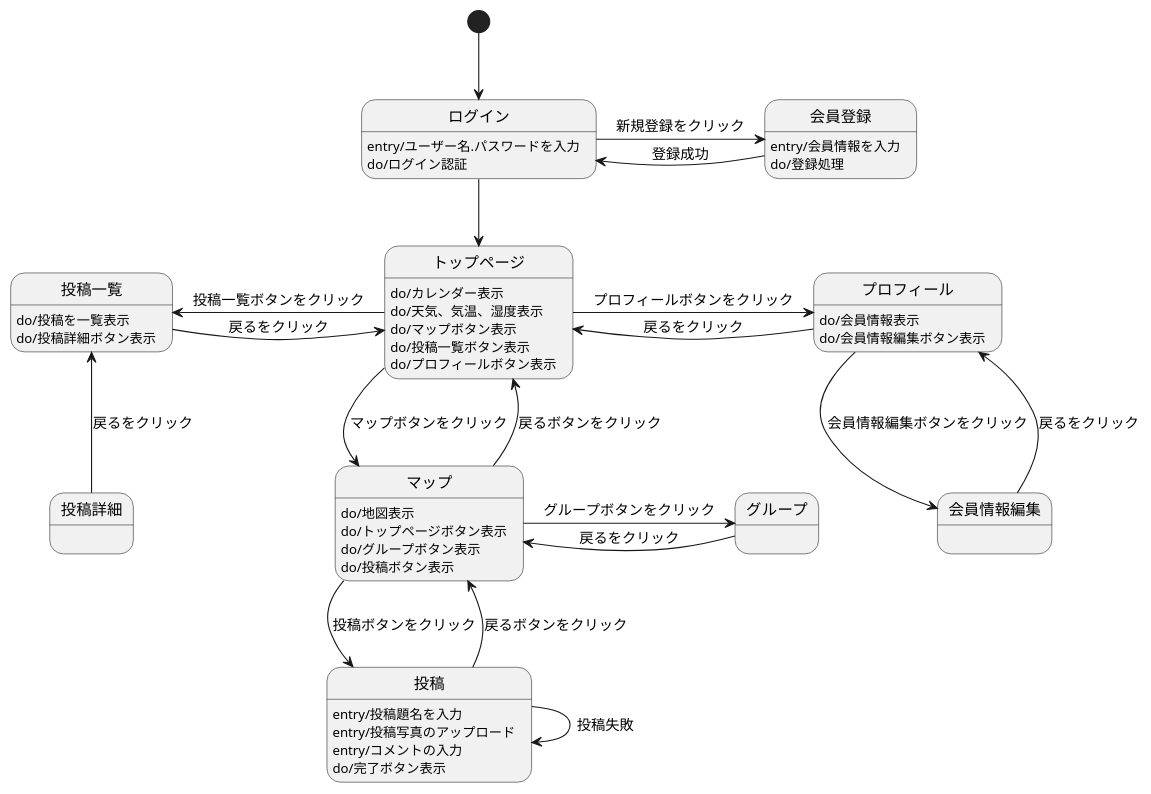
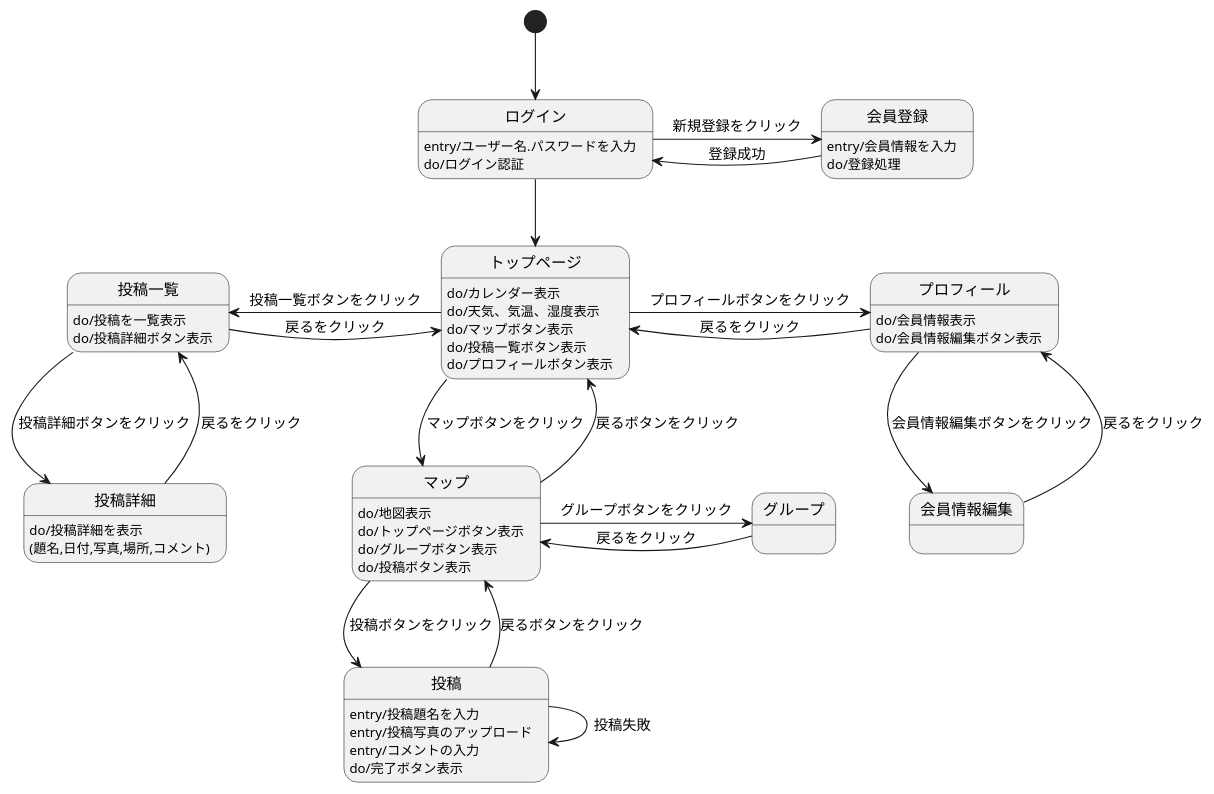
One commit to Aso2001031/System4_ver2.0 changed the diagram in 03_画面遷移図/画面遷移図.md. Above: the diagram before and after it, drawn with PlantUML.

````diff
--- a/03_画面遷移図/画面遷移図.md
+++ b/03_画面遷移図/画面遷移図.md
@@ -1,58 +1,61 @@
 ```uml
 @startuml
 
 [*] -down-> ログイン
 
 ログイン -down-> トップページ
 ログイン : entry/ユーザー名.パスワードを入力 
 ログイン : do/ログイン認証 
 ログイン -> 会員登録 : 新規登録をクリック
 
 会員登録 -> ログイン : 登録成功
 会員登録 : entry/会員情報を入力 
 会員登録 : do/登録処理
 
 トップページ : do/カレンダー表示
 トップページ : do/天気、気温、湿度表示
 トップページ : do/マップボタン表示
 トップページ : do/投稿一覧ボタン表示
 トップページ : do/プロフィールボタン表示
 トップページ -down-> マップ : マップボタンをクリック
 トップページ -left-> 投稿一覧 : 投稿一覧ボタンをクリック
 トップページ -right-> プロフィール :プロフィールボタンをクリック
 
 マップ -up-> トップページ : 戻るボタンをクリック
 マップ : do/地図表示
 マップ : do/トップページボタン表示
 マップ : do/グループボタン表示
 マップ : do/投稿ボタン表示
 マップ -down-> 投稿 : 投稿ボタンをクリック
 マップ -right-> グループ : グループボタンをクリック
 
 投稿一覧 -right-> トップページ : 戻るをクリック
 投稿一覧 : do/投稿を一覧表示
 投稿一覧 : do/投稿詳細ボタン表示
+投稿一覧 -down-> 投稿詳細 : 投稿詳細ボタンをクリック
+
 
 プロフィール -left-> トップページ : 戻るをクリック
 プロフィール : do/会員情報表示
 プロフィール : do/会員情報編集ボタン表示
 プロフィール -down-> 会員情報編集 : 会員情報編集ボタンをクリック
 
 投稿 -up-> マップ : 戻るボタンをクリック
 投稿 : entry/投稿題名を入力
 投稿 : entry/投稿写真のアップロード
 投稿 : entry/コメントの入力
 投稿 : do/完了ボタン表示
 投稿 -down-> 投稿 : 投稿失敗
 
 グループ -left-> マップ : 戻るをクリック 
 グループ : 
 
 投稿詳細 -up-> 投稿一覧 : 戻るをクリック
-投稿詳細 : 
+投稿詳細 : do/投稿詳細を表示
+投稿詳細 : (題名,日付,写真,場所,コメント)
 
 会員情報編集 -up-> プロフィール : 戻るをクリック
 会員情報編集 : 
 
 @enduml
 ```
````
